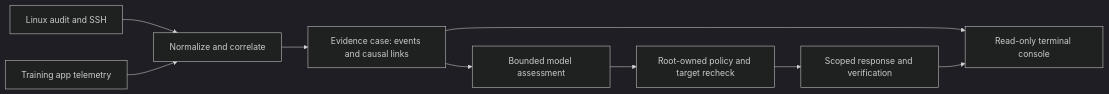
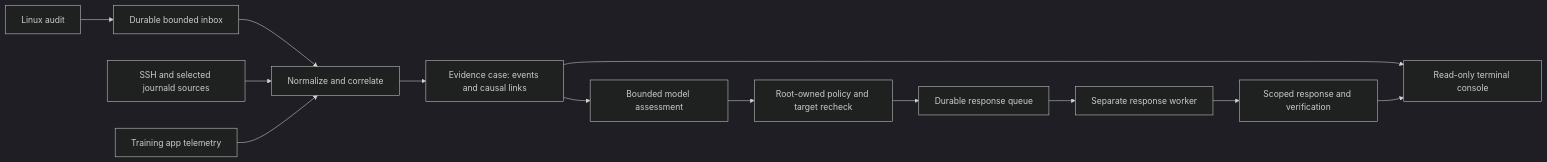
The diagram in README.md (p4pryk/Aegis), drawn with Mermaid (dark theme) before and after one commit. The commit also changed other lines of this file and 15 other files, not shown here.

Commit message:
feat(aegis): add durable audit intake and bounded retention

````diff
--- a/README.md
+++ b/README.md
@@ -27,11 +27,15 @@
 ```mermaid
 flowchart LR
-    A[Linux audit and SSH] --> C[Normalize and correlate]
+    A[Linux audit] --> I[Durable bounded inbox]
+    I --> C[Normalize and correlate]
+    J[SSH and selected journald sources] --> C
     B[Training app telemetry] --> C
     C --> D[Evidence case: events and causal links]
     D --> E[Bounded model assessment]
     E --> F[Root-owned policy and target recheck]
-    F --> G[Scoped response and verification]
+    F --> Q[Durable response queue]
+    Q --> R[Separate response worker]
+    R --> G[Scoped response and verification]
     D --> H[Read-only terminal console]
     G --> H
 ```
````
